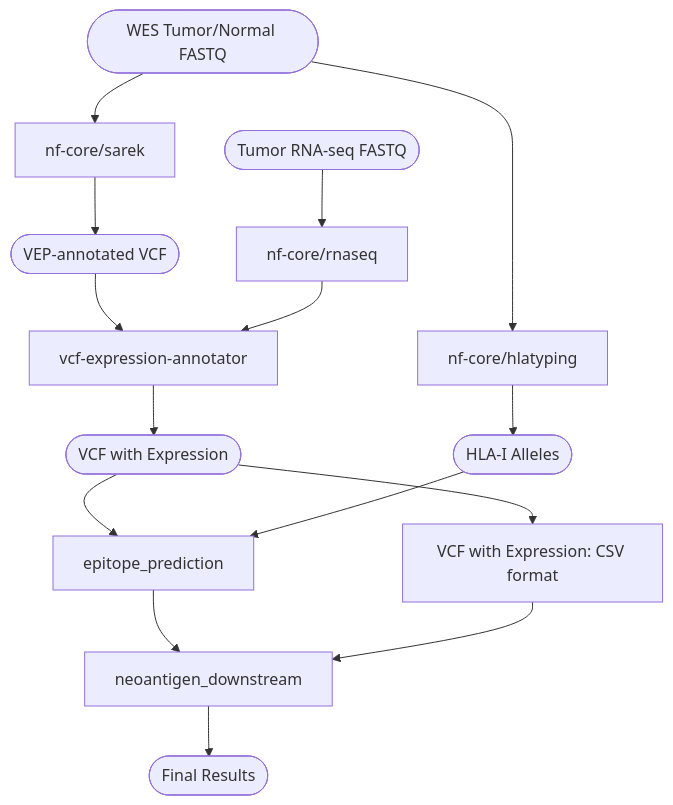
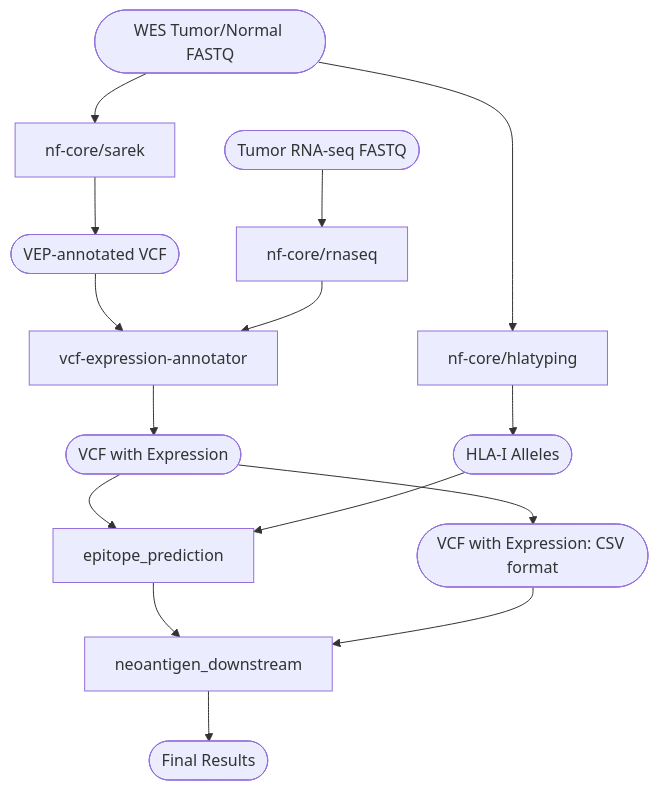
Before and after one commit to tylergross97/neoantigen_prediction_workflow: the diagram in README.md, drawn with Mermaid. The commit also changed other lines of this file, not shown here.

Commit message:
Updated workflow diagram

````diff
--- a/README.md
+++ b/README.md
@@ -25,17 +27,17 @@
 ```mermaid
 flowchart TD
     wes_fastq([WES Tumor/Normal FASTQ]) --> sarek[nf-core/sarek]
     sarek --> vep_vcf([VEP-annotated VCF])
     rnaseq_fastq([Tumor RNA-seq FASTQ]) --> rnaseq[nf-core/rnaseq]
     vep_vcf --> expr_annotator[vcf-expression-annotator]
     rnaseq --> expr_annotator
     expr_annotator --> expr_vcf([VCF with Expression])
     wes_fastq --> hlatyping[nf-core/hlatyping]
     hlatyping --> hla_alleles([HLA-I Alleles])
     expr_vcf --> epipred[epitope_prediction]
-    expr_vcf --> expr_vcf_csv[VCF with Expression: CSV format]
+    expr_vcf --> expr_vcf_csv([VCF with Expression: CSV format])
     hla_alleles --> epipred
     epipred --> downstream[neoantigen_downstream]
     expr_vcf_csv --> downstream
     downstream --> final([Final Results])
 ```
````
